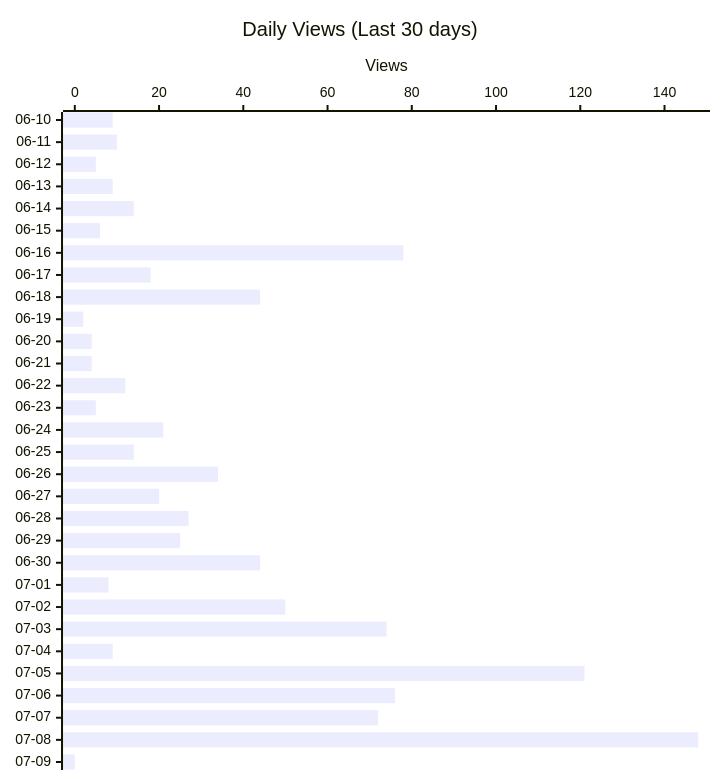
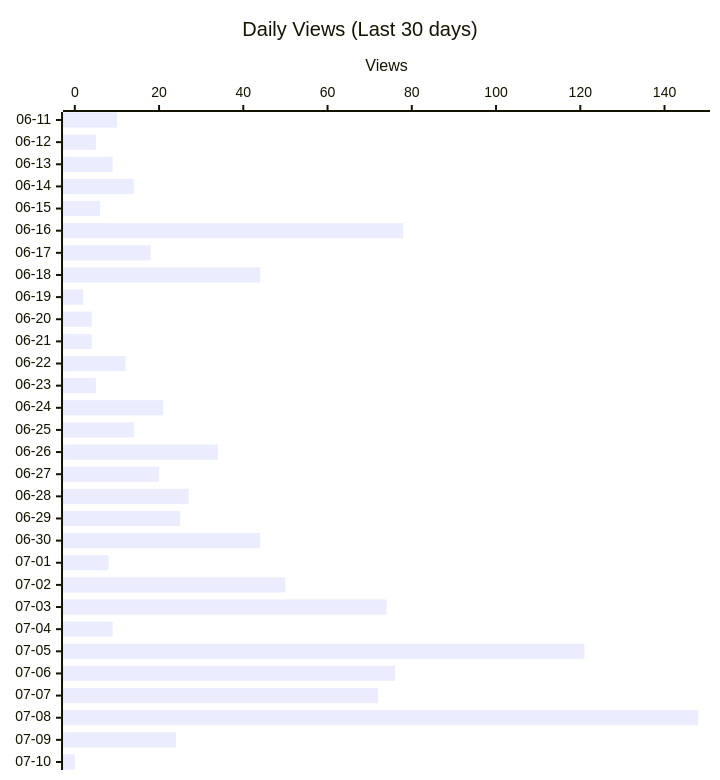
The second of 4 diagrams in README.md (shigechika/github-insights), drawn with Mermaid before and after one commit. The commit also changed other lines of this file and 2 other files, not shown here.

````diff
--- a/README.md
+++ b/README.md
@@ -28,12 +28,12 @@
 ```mermaid
 ---
 config:
   xyChart:
     height: 760
 ---
 xychart-beta horizontal
     title "Daily Views (Last 30 days)"
-    x-axis ["06-10", "06-11", "06-12", "06-13", "06-14", "06-15", "06-16", "06-17", "06-18", "06-19", "06-20", "06-21", "06-22", "06-23", "06-24", "06-25", "06-26", "06-27", "06-28", "06-29", "06-30", "07-01", "07-02", "07-03", "07-04", "07-05", "07-06", "07-07", "07-08", "07-09"]
+    x-axis ["06-11", "06-12", "06-13", "06-14", "06-15", "06-16", "06-17", "06-18", "06-19", "06-20", "06-21", "06-22", "06-23", "06-24", "06-25", "06-26", "06-27", "06-28", "06-29", "06-30", "07-01", "07-02", "07-03", "07-04", "07-05", "07-06", "07-07", "07-08", "07-09", "07-10"]
     y-axis "Views"
-    bar [9, 10, 5, 9, 14, 6, 78, 18, 44, 2, 4, 4, 12, 5, 21, 14, 34, 20, 27, 25, 44, 8, 50, 74, 9, 121, 76, 72, 148, 0]
+    bar [10, 5, 9, 14, 6, 78, 18, 44, 2, 4, 4, 12, 5, 21, 14, 34, 20, 27, 25, 44, 8, 50, 74, 9, 121, 76, 72, 148, 24, 0]
 ```
````
